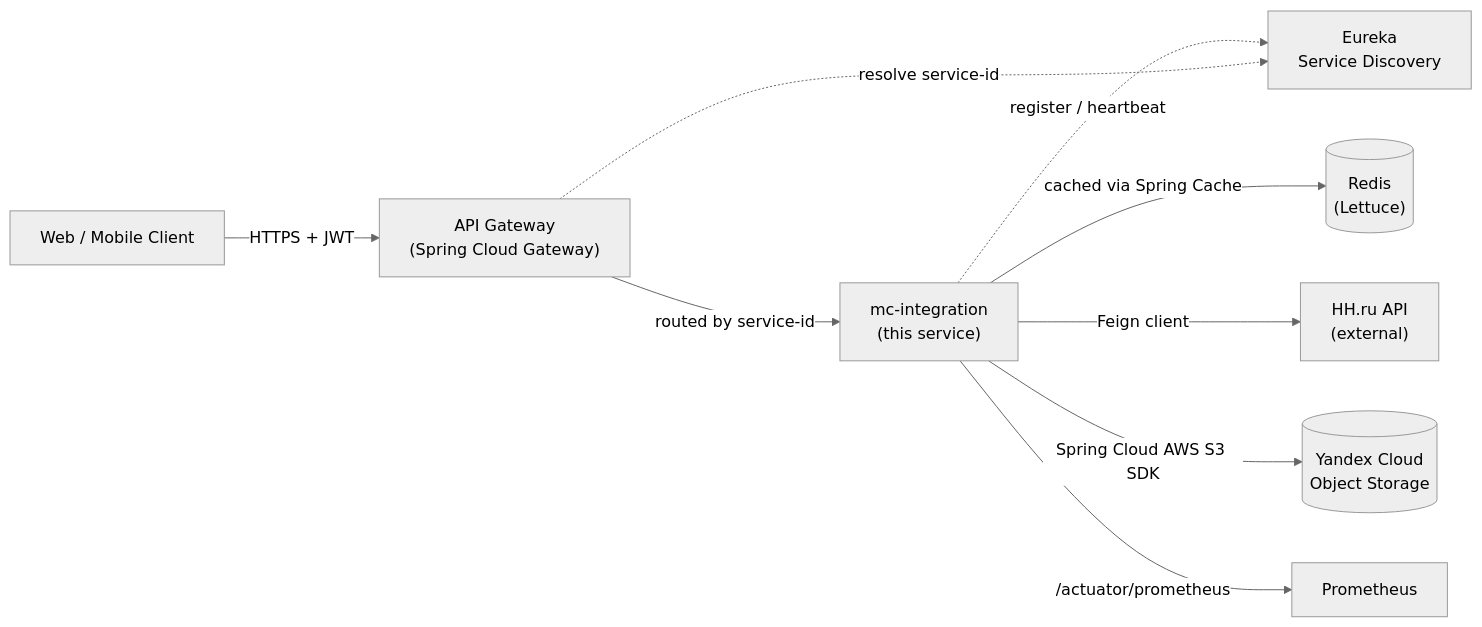
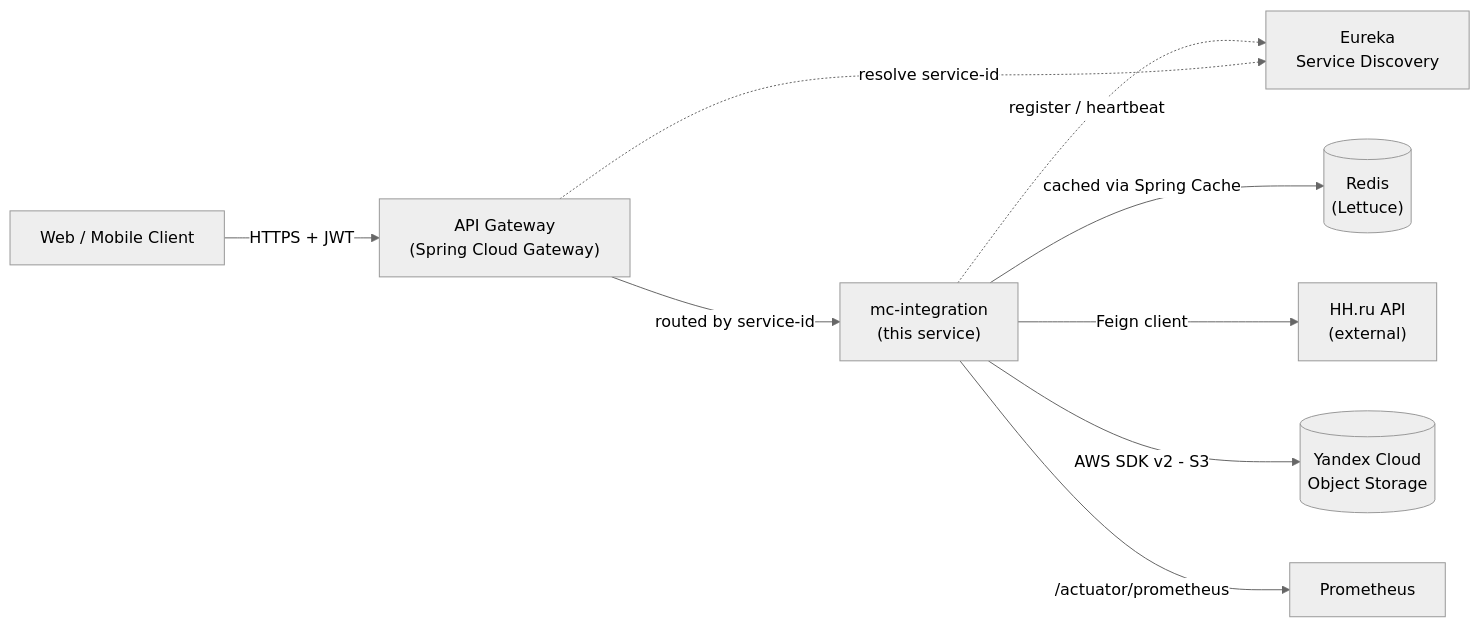
The diagram in README.md (AlexNickG/mc-integration), drawn with Mermaid (neutral theme) before and after one commit. The commit also changed other lines of this file and 1 other file, not shown here.

````diff
--- a/README.md
+++ b/README.md
@@ -39,21 +40,21 @@
 ```mermaid
 flowchart LR
     Client["Web / Mobile Client"]
     Gateway["API Gateway<br/>(Spring Cloud Gateway)"]
     Eureka["Eureka<br/>Service Discovery"]
     MCI["mc-integration<br/>(this service)"]
     Redis[("Redis<br/>(Lettuce)")]
     HH["HH.ru API<br/>(external)"]
     S3[("Yandex Cloud<br/>Object Storage")]
     Prom["Prometheus"]
 
     Client -->|HTTPS + JWT| Gateway
     Gateway -->|routed by service-id| MCI
     MCI -.->|register / heartbeat| Eureka
     Gateway -.->|resolve service-id| Eureka
 
     MCI -->|cached via Spring Cache| Redis
     MCI -->|Feign client| HH
-    MCI -->|Spring Cloud AWS S3 SDK| S3
+    MCI -->|AWS SDK v2 - S3| S3
     MCI -->|/actuator/prometheus| Prom
 ```
````
